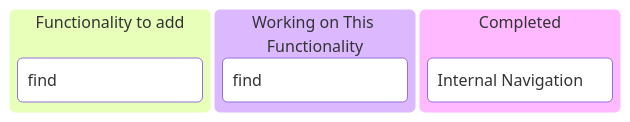
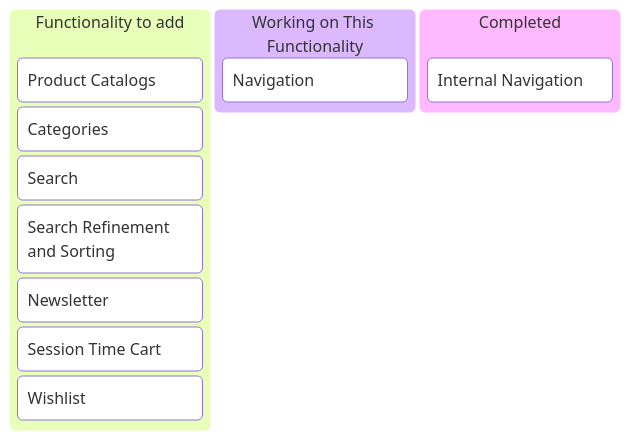
Before and after one commit to rhlm-msx/prop-hunt: the second of 2 diagrams in README.md, drawn with Mermaid. The commit also changed other lines of this file, not shown here.

````diff
--- a/README.md
+++ b/README.md
@@ -19,10 +24,16 @@
 ```mermaid
 
 kanban
     todo[Functionality to add]
-        find
+        Product Catalogs
+        Categories
+        Search
+        Search Refinement and Sorting
+        Newsletter
+        Basket(Session Time Cart)
+        Wishlist
     working[Working on This Functionality]
-        find
+        Navigation
     completed[Completed]
         inv1[Internal Navigation]
 ```
````
